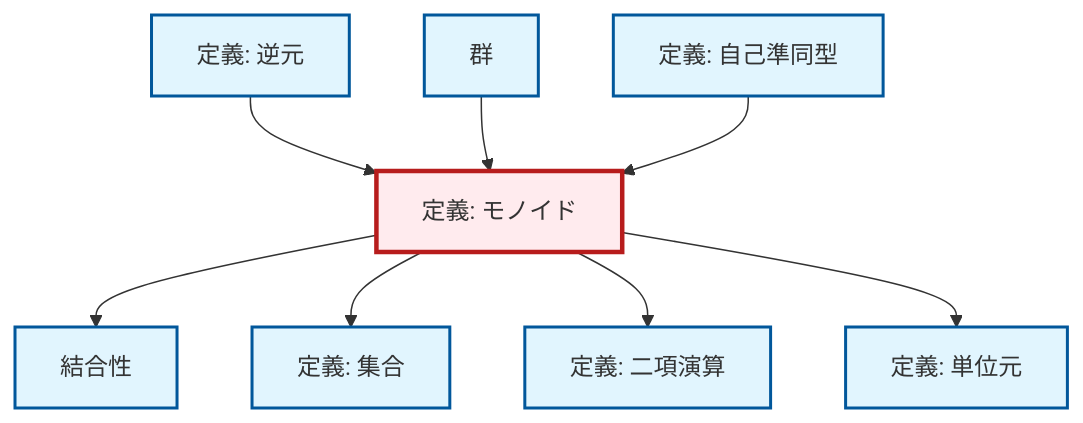
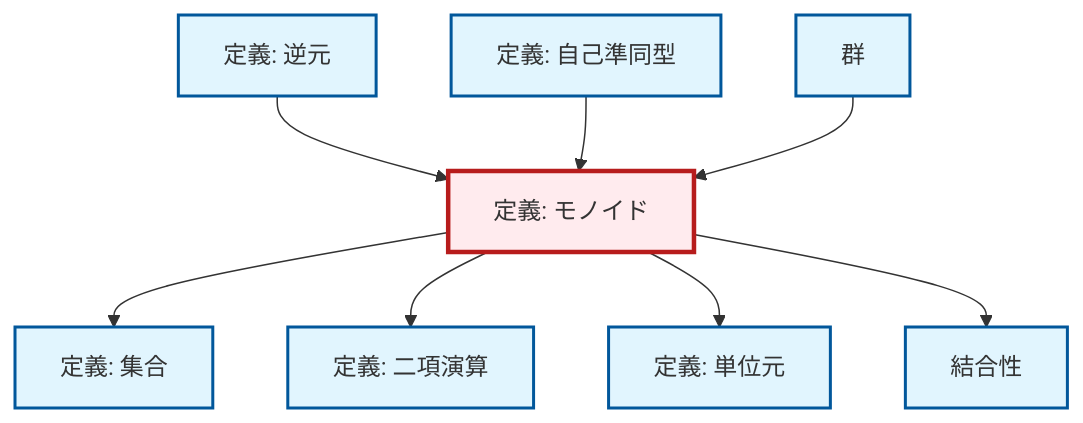
The diagram in content/ja/algebra/def-monoid.qmd (RK0429/ModernMath), drawn with Mermaid before and after one commit. The commit also changed 672 other files, not shown here.

````diff
--- a/content/ja/algebra/def-monoid.qmd
+++ b/content/ja/algebra/def-monoid.qmd
@@ -82,32 +82,32 @@
 ```{mermaid}
-%%| fig-cap: "Local dependency graph"
+%%| fig-cap: "ローカル依存関係グラフ"
 graph TD
     classDef definition fill:#e1f5fe,stroke:#01579b,stroke-width:2px
     classDef theorem fill:#f3e5f5,stroke:#4a148c,stroke-width:2px
     classDef axiom fill:#fff3e0,stroke:#e65100,stroke-width:2px
     classDef example fill:#e8f5e9,stroke:#1b5e20,stroke-width:2px
     classDef current fill:#ffebee,stroke:#b71c1c,stroke-width:3px
+    def-set["定義: 集合"]:::definition
+    def-inverse-element["定義: 逆元"]:::definition
+    def-binary-operation["定義: 二項演算"]:::definition
+    def-monoid["定義: モノイド"]:::definition
     def-endomorphism["定義: 自己準同型"]:::definition
+    def-identity-element["定義: 単位元"]:::definition
+    def-group["群"]:::definition
     def-associativity["結合性"]:::definition
-    def-identity-element["定義: 単位元"]:::definition
-    def-binary-operation["定義: 二項演算"]:::definition
-    def-inverse-element["定義: 逆元"]:::definition
-    def-set["定義: 集合"]:::definition
-    def-monoid["定義: モノイド"]:::definition
-    def-group["群"]:::definition
-    def-monoid --> def-associativity
+    def-inverse-element --> def-monoid
     def-monoid --> def-set
+    def-endomorphism --> def-monoid
     def-monoid --> def-binary-operation
-    def-inverse-element --> def-monoid
     def-monoid --> def-identity-element
     def-group --> def-monoid
-    def-endomorphism --> def-monoid
+    def-monoid --> def-associativity
     class def-monoid current
+    click def-set "def-set.html" "集合の定義へ"
+    click def-inverse-element "def-inverse-element.html" "逆元の定義へ"
+    click def-binary-operation "def-binary-operation.html" "二項演算の定義へ"
     click def-endomorphism "def-endomorphism.html" "自己準同型の定義へ"
+    click def-identity-element "def-identity-element.html" "単位元の定義へ"
+    click def-group "def-group.html" "群へ"
     click def-associativity "def-associativity.html" "結合性へ"
-    click def-identity-element "def-identity-element.html" "単位元の定義へ"
-    click def-binary-operation "def-binary-operation.html" "二項演算の定義へ"
-    click def-inverse-element "def-inverse-element.html" "逆元の定義へ"
-    click def-set "def-set.html" "集合の定義へ"
-    click def-group "def-group.html" "群へ"
 ```
````
